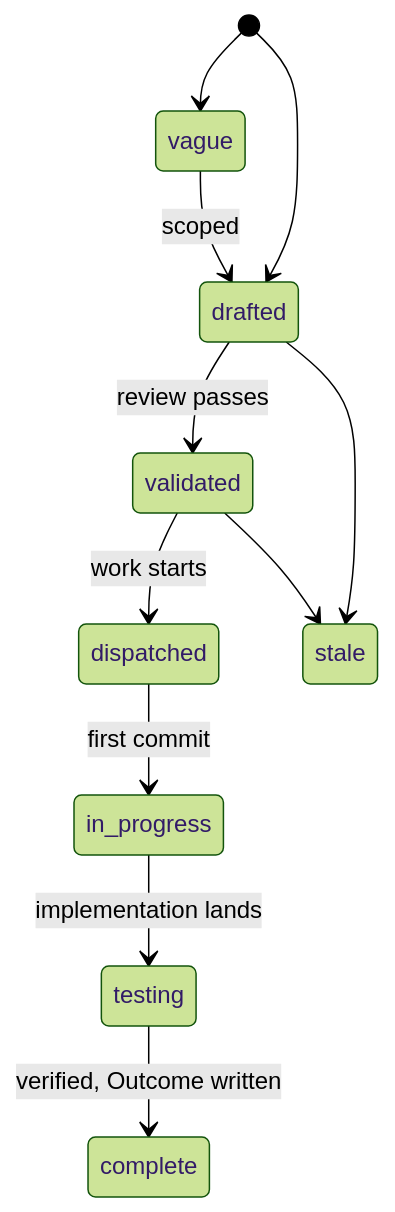
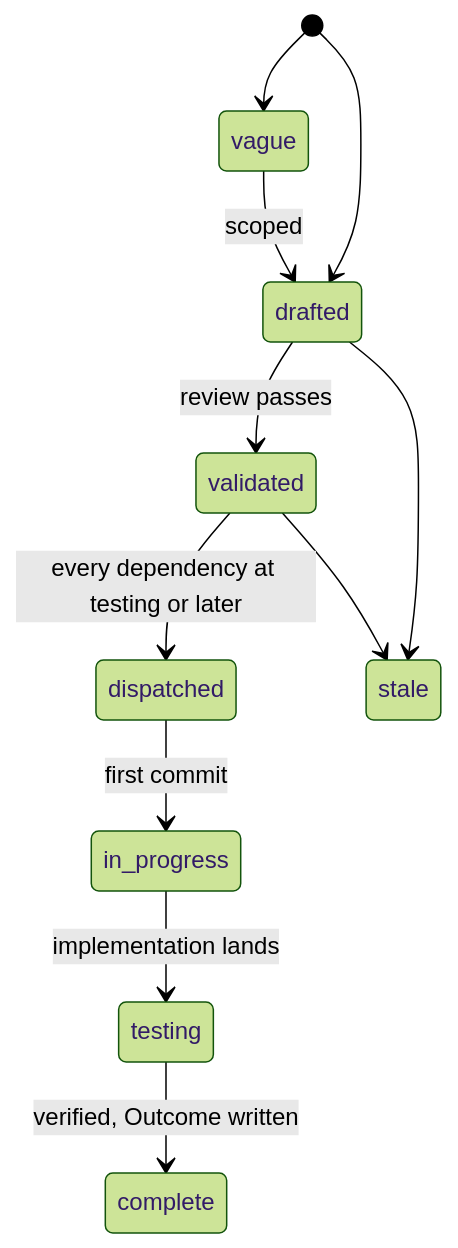
One commit to latere-ai/origo changed the first of 2 diagrams in specs/README.md. Above: the diagram before and after it, drawn with Mermaid (forest theme). The commit also changed other lines of this file, not shown here.

Commit message:
specs: the dispatch gate is every dependency at testing or later; the readiness statement says why 003 and 004 stay open; decisions rows for size_bytes, the stubs image, and TestMutation

````diff
--- a/specs/README.md
+++ b/specs/README.md
@@ -23,13 +23,13 @@
 ```mermaid
 stateDiagram-v2
   [*] --> vague
   [*] --> drafted
   vague --> drafted: scoped
   drafted --> validated: review passes
-  validated --> dispatched: work starts
+  validated --> dispatched: every dependency at testing or later
   dispatched --> in_progress: first commit
   in_progress --> testing: implementation lands
   testing --> complete: verified, Outcome written
   drafted --> stale
   validated --> stale
 ```
````
